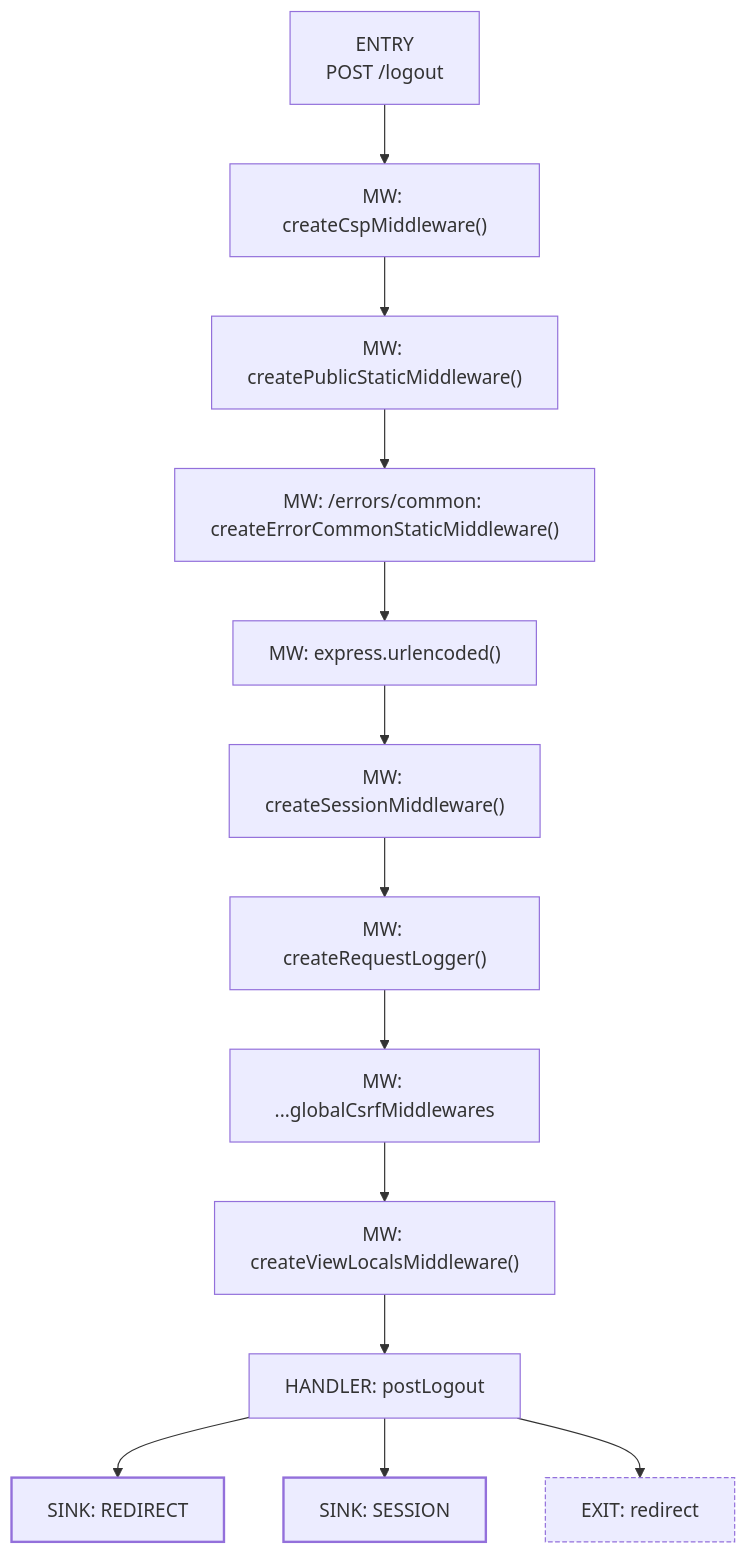
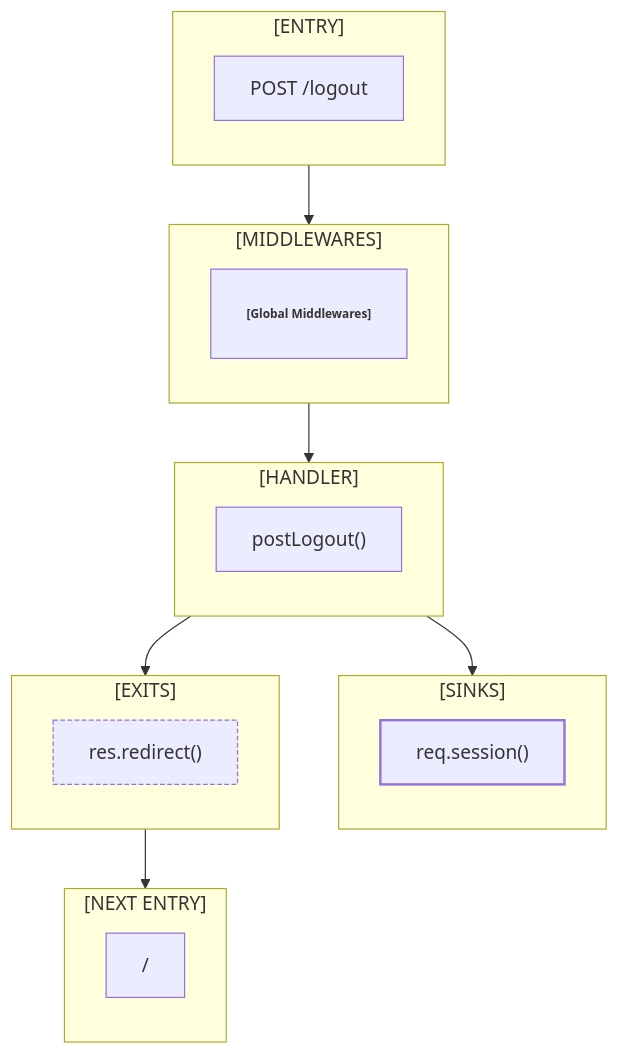
The diagram in docs/flowmap/flows/POST__logout.mmd (irondenker/my-code-my-kill), drawn with Mermaid before and after one commit. The commit also changed 93 other files, not shown here.

Commit message:
📚 Docs: Regenerate flowmap artifacts for updated endpoint maps

```diff
--- a/docs/flowmap/flows/POST__logout.mmd
+++ b/docs/flowmap/flows/POST__logout.mmd
@@ -1,18 +1,37 @@
 flowchart TD
-ENTRY["ENTRY\nPOST /logout"]
-ENTRY --> MW1["MW: createCspMiddleware()"]
-MW1 --> MW2["MW: createPublicStaticMiddleware()"]
-MW2 --> MW3["MW: /errors/common: createErrorCommonStaticMiddleware()"]
-MW3 --> MW4["MW: express.urlencoded()"]
-MW4 --> MW5["MW: createSessionMiddleware()"]
-MW5 --> MW6["MW: createRequestLogger()"]
-MW6 --> MW7["MW: ...globalCsrfMiddlewares"]
-MW7 --> MW8["MW: createViewLocalsMiddleware()"]
-MW8 --> HANDLER["HANDLER: postLogout"]
-HANDLER --> SINK1["SINK: REDIRECT"]
-HANDLER --> SINK2["SINK: SESSION"]
-HANDLER --> EXIT1["EXIT: redirect"]
+subgraph ENTRY_BLOCK["[ENTRY]"]
+direction TB
+ENTRY["POST /logout"]
+end
+subgraph MIDDLEWARES["[MIDDLEWARES]"]
+direction TB
+MIDDLEWARE1["<b>[Global Middlewares]</b>"]
+end
+ENTRY --> MIDDLEWARE1
+subgraph HANDLER_BLOCK["[HANDLER]"]
+direction TB
+HANDLER["postLogout()"]
+end
+MIDDLEWARE1 --> HANDLER
+subgraph SINKS["[SINKS]"]
+direction TB
+SINK1["req.session()"]
+end
+HANDLER --> SINK1
+subgraph EXITS["[EXITS]"]
+direction TB
+EXIT1["res.redirect()"]
+end
+HANDLER --> EXIT1
+subgraph NEXT_ENTRY["[NEXT ENTRY]"]
+direction TB
+NEXT_ENTRY1["/"]
+end
+EXIT1 --> NEXT_ENTRY1
+classDef middleware font-size:10px,padding:2px,stroke-width:1;
+classDef diagnostics stroke-dasharray: 2 2;
 classDef sink stroke-width:2;
 classDef exit stroke-dasharray: 4 2;
-class SINK1,SINK2 sink;
+class MIDDLEWARE1 middleware;
+class SINK1 sink;
 class EXIT1 exit;
```
